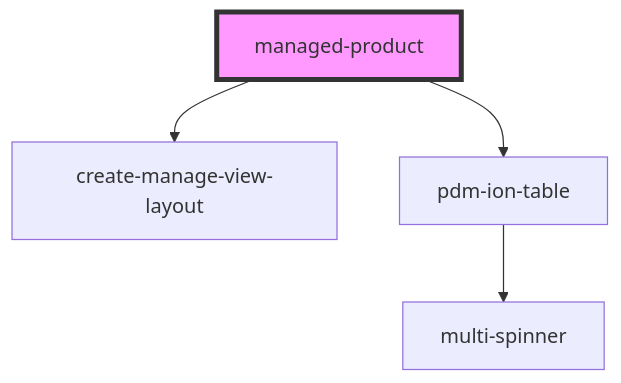
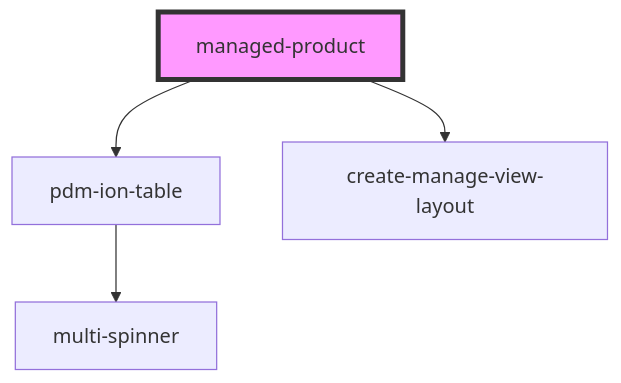
One commit to PharmaLedger-IMI/fgt-workspace changed the diagram in pdm-web-components/src/components/managed-product/readme.md. Above: the diagram before and after it, drawn with Mermaid. The commit also changed other lines of this file and 35 other files, not shown here.

````diff
--- a/pdm-web-components/src/components/managed-product/readme.md
+++ b/pdm-web-components/src/components/managed-product/readme.md
@@ -58,7 +68,7 @@
 ```mermaid
 graph TD;
+  managed-product --> pdm-ion-table
   managed-product --> create-manage-view-layout
-  managed-product --> pdm-ion-table
   pdm-ion-table --> multi-spinner
   style managed-product fill:#f9f,stroke:#333,stroke-width:4px
 ```
````
